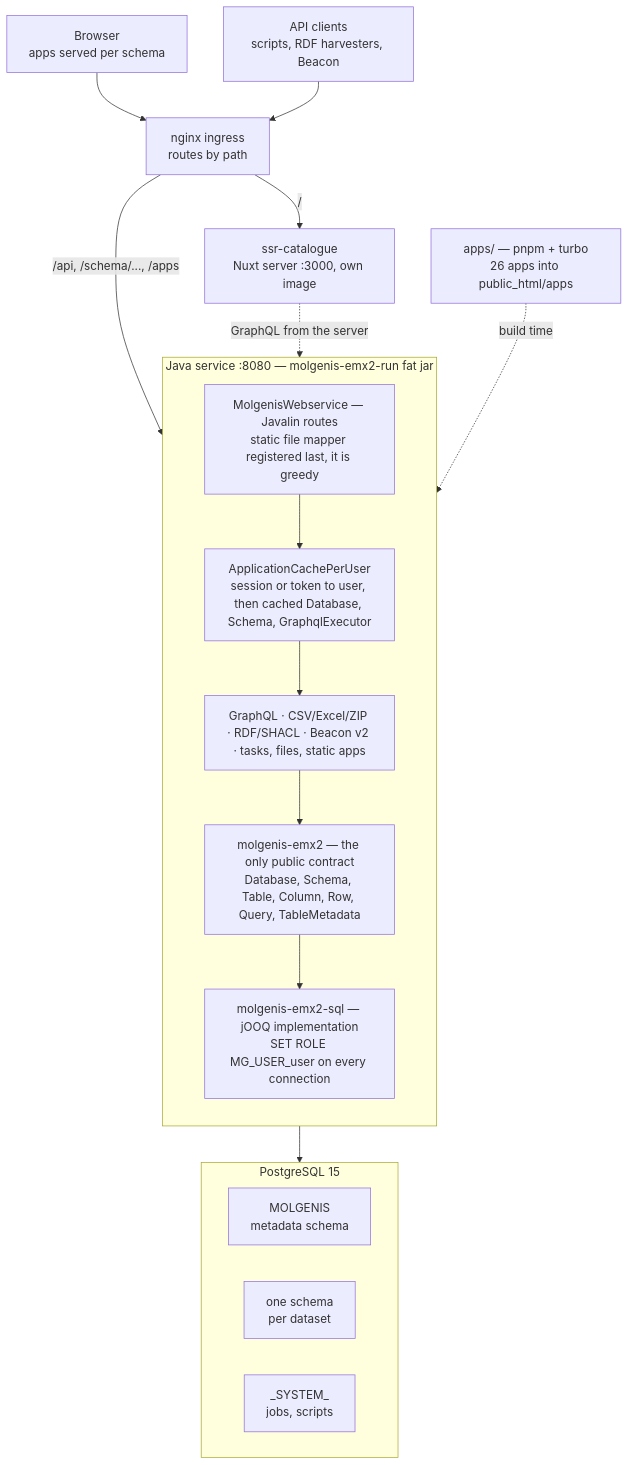
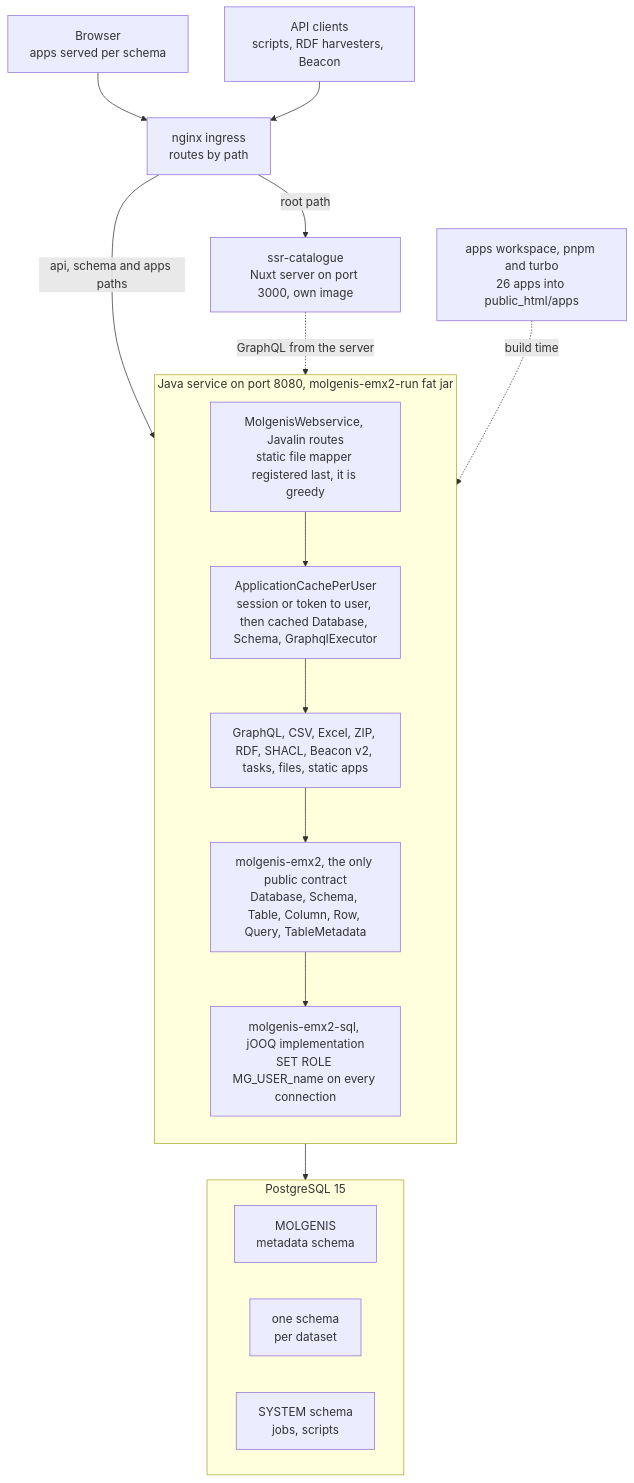
Before and after one commit to molgenis/molgenis-emx2: the first of 3 diagrams in docs/molgenis/system_overview.md, drawn with Mermaid. The commit also changed other lines of this file, not shown here.

Commit message:
fix mermain issue on browser, use simpler render style

````diff
--- a/docs/molgenis/system_overview.md
+++ b/docs/molgenis/system_overview.md
@@ -33,37 +33,33 @@
 ```mermaid
----
-config:
-    markdownAutoWrap: false
----
 flowchart TB
-  browser["Browser<br/>apps served per schema"]
-  clients["API clients<br/>scripts, RDF harvesters, Beacon"]
-  ingress["nginx ingress<br/>routes by path"]
-  catalogue["ssr-catalogue<br/>Nuxt server :3000, own image"]
-  appsbuild["apps/ — pnpm + turbo<br/>26 apps into public_html/apps"]
+  browser["Browser<br>apps served per schema"]
+  clients["API clients<br>scripts, RDF harvesters, Beacon"]
+  ingress["nginx ingress<br>routes by path"]
+  catalogue["ssr-catalogue<br>Nuxt server on port 3000, own image"]
+  appsbuild["apps workspace, pnpm and turbo<br>26 apps into public_html/apps"]
 
-  subgraph java["Java service :8080 — molgenis-emx2-run fat jar"]
+  subgraph java["Java service on port 8080, molgenis-emx2-run fat jar"]
     direction TB
-    javalin["MolgenisWebservice — Javalin routes<br/>static file mapper registered last, it is greedy"]
-    cache["ApplicationCachePerUser<br/>session or token to user, then cached Database, Schema, GraphqlExecutor"]
-    surfaces["GraphQL · CSV/Excel/ZIP · RDF/SHACL · Beacon v2 · tasks, files, static apps"]
-    core["molgenis-emx2 — the only public contract<br/>Database, Schema, Table, Column, Row, Query, TableMetadata"]
-    sql["molgenis-emx2-sql — jOOQ implementation<br/>SET ROLE MG_USER_user on every connection"]
+    javalin["MolgenisWebservice, Javalin routes<br>static file mapper registered last, it is greedy"]
+    cache["ApplicationCachePerUser<br>session or token to user, then cached Database, Schema, GraphqlExecutor"]
+    surfaces["GraphQL, CSV, Excel, ZIP, RDF, SHACL, Beacon v2, tasks, files, static apps"]
+    core["molgenis-emx2, the only public contract<br>Database, Schema, Table, Column, Row, Query, TableMetadata"]
+    sql["molgenis-emx2-sql, jOOQ implementation<br>SET ROLE MG_USER_name on every connection"]
     javalin --> cache --> surfaces --> core --> sql
   end
 
   subgraph pg["PostgreSQL 15"]
     direction LR
-    meta["MOLGENIS<br/>metadata schema"]
-    data["one schema<br/>per dataset"]
-    system["_SYSTEM_<br/>jobs, scripts"]
+    meta["MOLGENIS<br>metadata schema"]
+    data["one schema<br>per dataset"]
+    system["SYSTEM schema<br>jobs, scripts"]
   end
 
   browser --> ingress
   clients --> ingress
-  ingress -->|"/"| catalogue
-  ingress -->|"/api, /schema/..., /apps"| javalin
+  ingress -->|"root path"| catalogue
+  ingress -->|"api, schema and apps paths"| javalin
   catalogue -.->|"GraphQL from the server"| javalin
   appsbuild -.->|"build time"| surfaces
   sql --> pg
 ```
````
